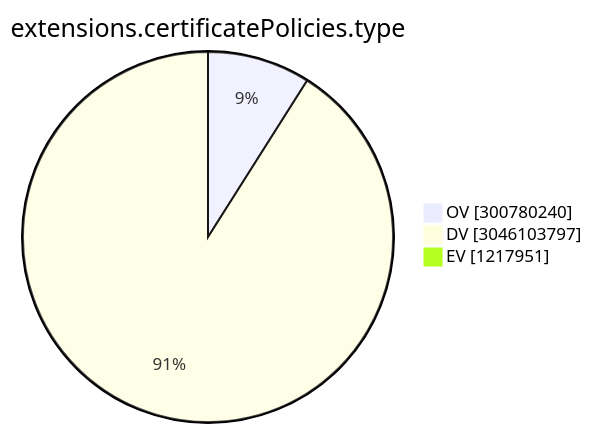
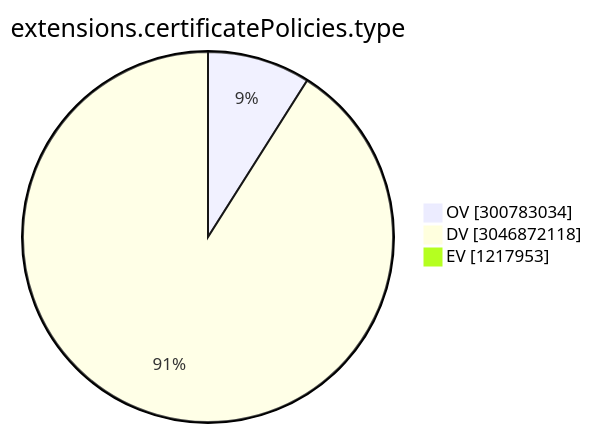
One commit to christiankrug/ctmonitor_visualization changed the ninth of 15 diagrams in TOTAL/README.md. Above: the diagram before and after it, drawn with Mermaid. The commit also changed other lines of this file, not shown here.

````diff
--- a/TOTAL/README.md
+++ b/TOTAL/README.md
@@ -3102,7 +3102,7 @@
 ```mermaid
 pie showData
 title extensions.certificatePolicies.type
-"OV" :300780240
-"DV" :3046103797
-"EV" :1217951
+"OV" :300783034
+"DV" :3046872118
+"EV" :1217953
 ```
````
